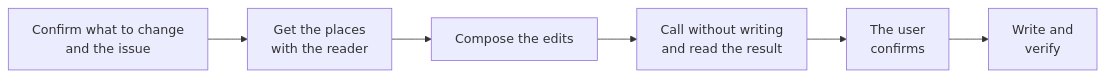
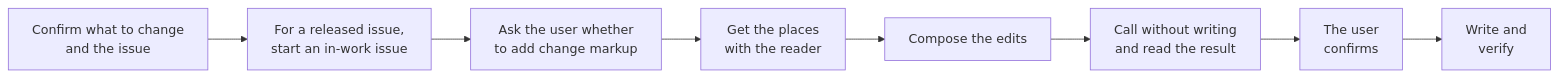
One commit to shuji-bonji/s1000d-stack changed the second of 2 diagrams in site/src/content/docs/skill/s1000d-publish.md. Above: the diagram before and after it, drawn with Mermaid. The commit also changed other lines of this file and 11 other files, not shown here.

````diff
--- a/site/src/content/docs/skill/s1000d-publish.md
+++ b/site/src/content/docs/skill/s1000d-publish.md
@@ -52,8 +54,10 @@
 ```mermaid
 flowchart LR
-  A["Confirm what to change<br/>and the issue"] --> B["Get the places<br/>with the reader"]
+  A["Confirm what to change<br/>and the issue"] --> R["For a released issue,<br/>start an in-work issue"]
+  R --> M["Ask the user whether<br/>to add change markup"]
+  M --> B["Get the places<br/>with the reader"]
   B --> C["Compose the edits"]
   C --> D["Call without writing<br/>and read the result"]
   D --> E["The user<br/>confirms"]
   E --> F["Write and<br/>verify"]
 ```
````
